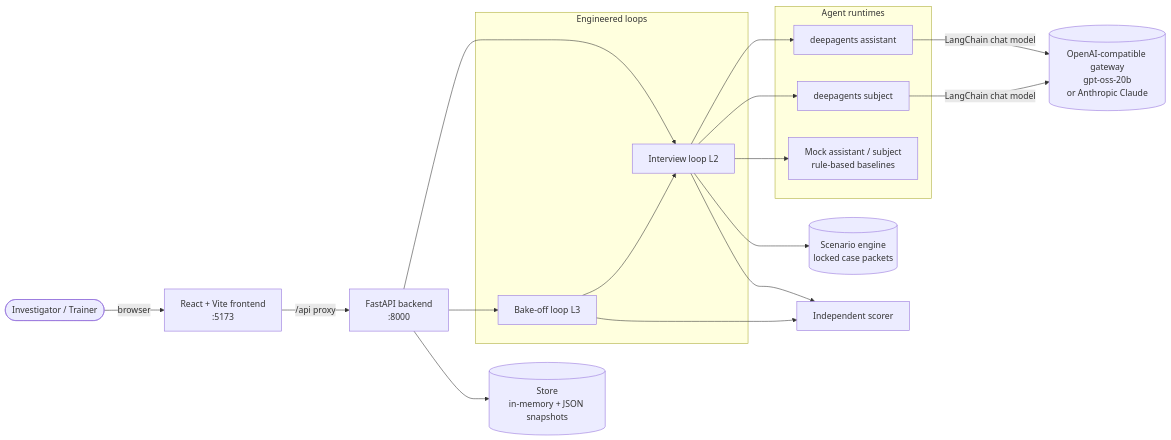
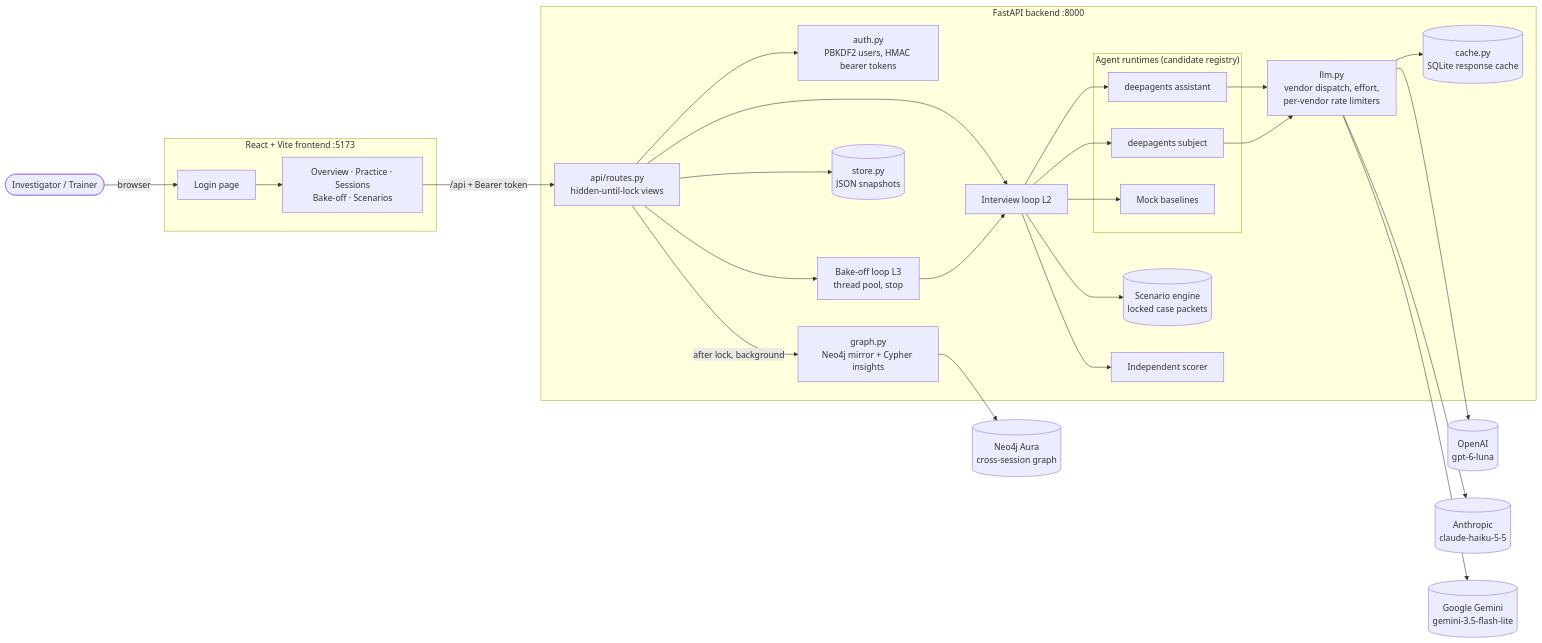
The first of 8 diagrams in architecture.md (ViunMo/unissant_investigative_ai_training_arena), drawn with Mermaid before and after one commit. The commit also changed other lines of this file and 2 other files, not shown here.

Commit message:
Add architecture overview diagram and bring architecture.md up to date
- docs/architecture-overview.svg: rendered overall architecture (frontend pages, auth, loops, agents,
  model layer with rate limiters and response cache, store, Neo4j mirror, the three model vendors)
- architecture.md: system-context Mermaid redrawn for the current system; code layout, interview
  sequence, bake-off flow and harness notes mention auth, cache, graph and parallel trials
- README embeds the diagram

````diff
--- a/architecture.md
+++ b/architecture.md
@@ -10,29 +12,41 @@
 ```mermaid
 flowchart LR
     Inv([Investigator / Trainer])
-    FE[React + Vite frontend<br/>:5173]
-    API[FastAPI backend<br/>:8000]
-    subgraph Loops["Engineered loops"]
+    subgraph FE["React + Vite frontend :5173"]
+        LG[Login page]
+        PG[Overview · Practice · Sessions<br/>Bake-off · Scenarios]
+    end
+    subgraph API["FastAPI backend :8000"]
+        AU[auth.py<br/>PBKDF2 users, HMAC bearer tokens]
+        RT[api/routes.py<br/>hidden-until-lock views]
         IL[Interview loop L2]
-        BL[Bake-off loop L3]
+        BL[Bake-off loop L3<br/>thread pool, stop]
+        subgraph Agents["Agent runtimes (candidate registry)"]
+            DA[deepagents assistant]
+            DS[deepagents subject]
+            MA[Mock baselines]
+        end
+        ML[llm.py<br/>vendor dispatch, effort,<br/>per-vendor rate limiters]
+        CA[(cache.py<br/>SQLite response cache)]
+        SE[(Scenario engine<br/>locked case packets)]
+        SC[Independent scorer]
+        ST[(store.py<br/>JSON snapshots)]
+        GS[graph.py<br/>Neo4j mirror + Cypher insights]
     end
-    subgraph Agents["Agent runtimes"]
-        DA[deepagents assistant]
-        DS[deepagents subject]
-        MA[Mock assistant / subject<br/>rule-based baselines]
-    end
-    GW[(OpenAI-compatible gateway<br/>gpt-oss-20b<br/>or Anthropic Claude)]
-    SE[(Scenario engine<br/>locked case packets)]
-    SC[Independent scorer]
-    ST[(Store<br/>in-memory + JSON snapshots)]
+    OA[(OpenAI<br/>gpt-6-luna)]
+    AN[(Anthropic<br/>claude-haiku-5-5)]
+    GG[(Google Gemini<br/>gemini-3.5-flash-lite)]
+    NEO[(Neo4j Aura<br/>cross-session graph)]
 
-    Inv -->|browser| FE -->|/api proxy| API
-    API --> IL & BL
-    IL --> SE
+    Inv -->|browser| LG --> PG -->|/api + Bearer token| RT
+    RT --> AU
+    RT --> IL & BL
+    BL --> IL
+    IL --> SE & SC
     IL --> DA & DS & MA
-    BL --> IL
-    DA & DS -->|LangChain chat model| GW
-    IL --> SC
-    BL --> SC
-    API --> ST
+    DA & DS --> ML
+    ML --> CA
+    ML --> OA & AN & GG
+    RT --> ST
+    RT -->|after lock, background| GS --> NEO
 ```
````
